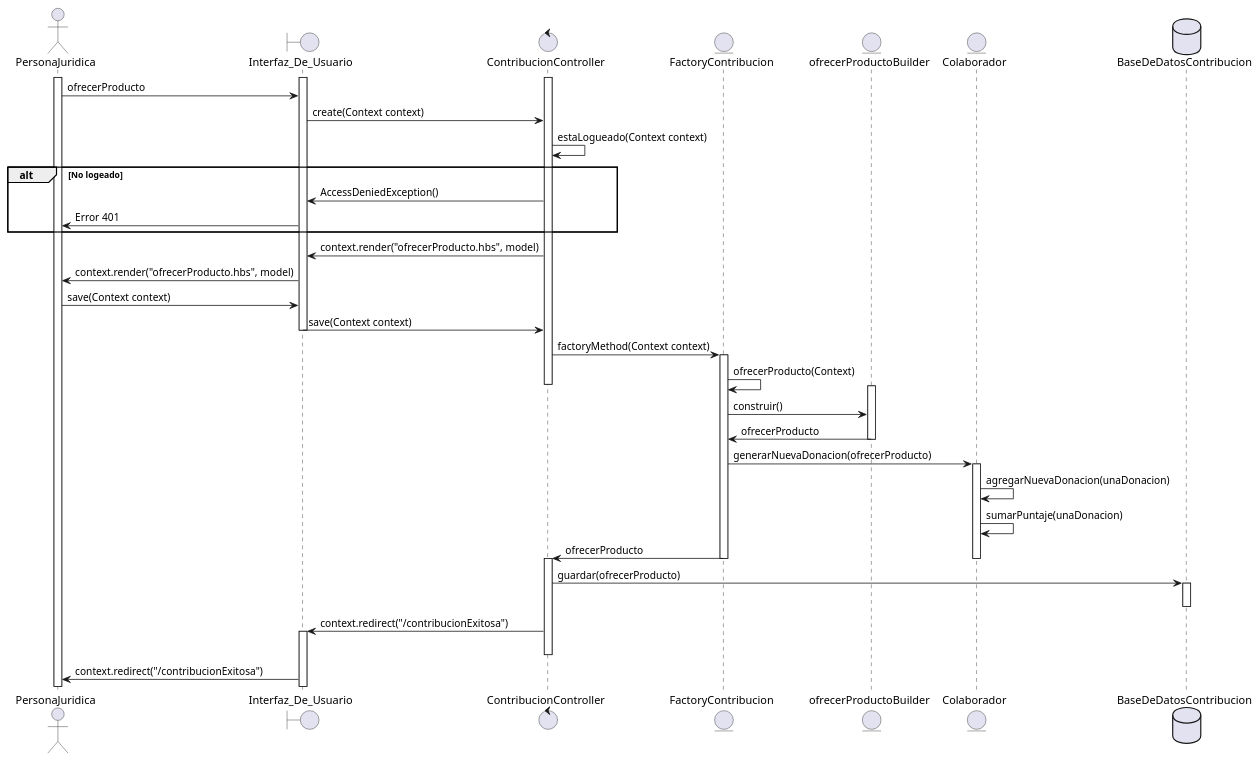
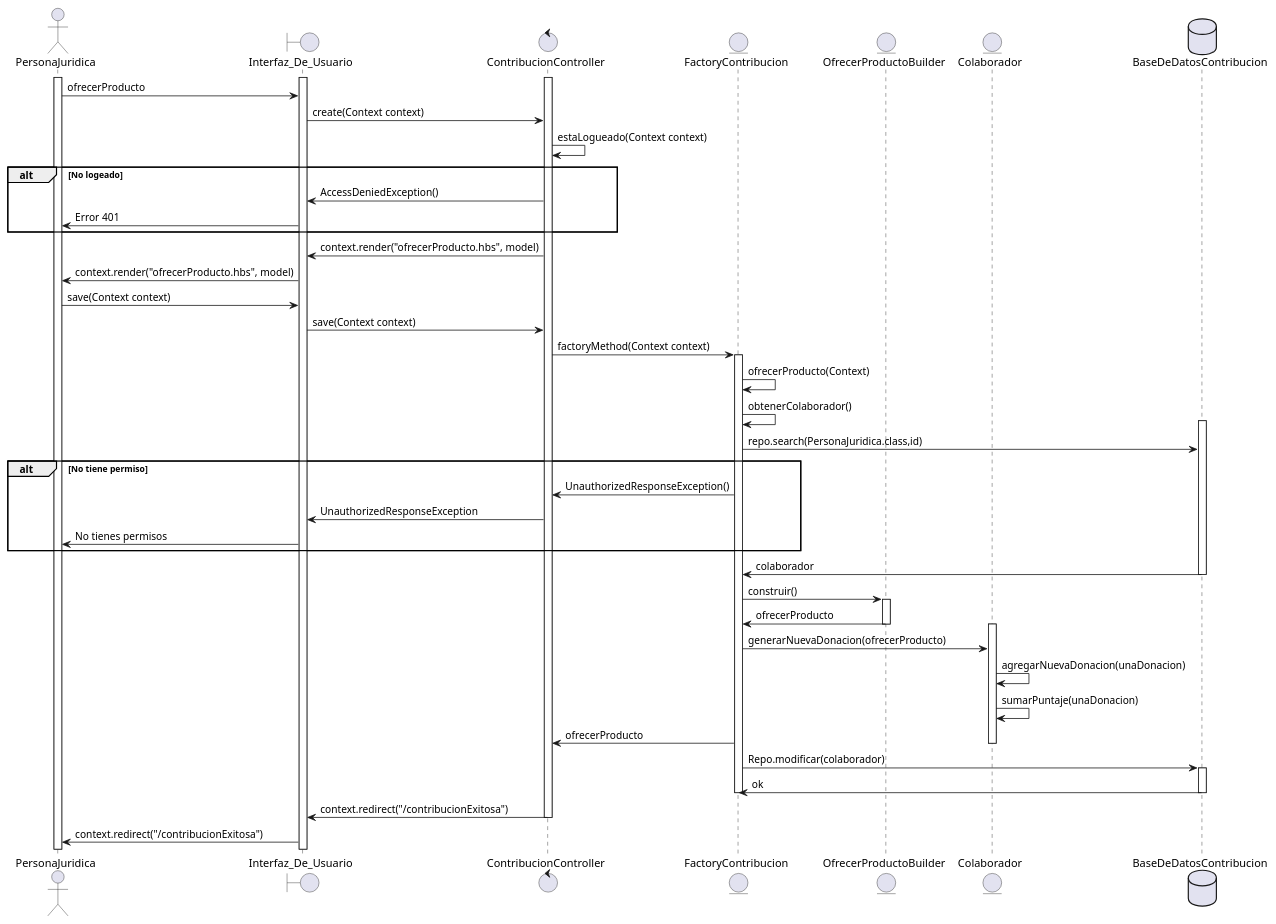
The diagram in UMLs/FormasDeContribucion/OfrecerProducto.puml (JBDelupi/TPs---DDS), drawn with PlantUML before and after one commit. The commit also changed 14 other files, not shown here.

```diff
--- a/UMLs/FormasDeContribucion/OfrecerProducto.puml
+++ b/UMLs/FormasDeContribucion/OfrecerProducto.puml
@@ -1,57 +1,63 @@
-@startuml GenerarofrecerProducto
+@startuml OfrecerProducto
 actor PersonaJuridica
 boundary Interfaz_De_Usuario
 control ContribucionController
 
-
 entity FactoryContribucion
-entity ofrecerProductoBuilder
+entity OfrecerProductoBuilder
 entity Colaborador
 database BaseDeDatosContribucion
 
 activate PersonaJuridica
 activate Interfaz_De_Usuario
 activate ContribucionController
 PersonaJuridica->Interfaz_De_Usuario: ofrecerProducto
+
 Interfaz_De_Usuario->ContribucionController: create(Context context)
 ContribucionController->ContribucionController: estaLogueado(Context context)
 
 
 alt No logeado
     ContribucionController->Interfaz_De_Usuario: AccessDeniedException()
     Interfaz_De_Usuario->PersonaJuridica: Error 401
 end
 
 ContribucionController -> Interfaz_De_Usuario: context.render("ofrecerProducto.hbs", model)
 Interfaz_De_Usuario -> PersonaJuridica: context.render("ofrecerProducto.hbs", model)
 
 PersonaJuridica -> Interfaz_De_Usuario: save(Context context)
 Interfaz_De_Usuario -> ContribucionController: save(Context context)
-deactivate Interfaz_De_Usuario
 ContribucionController -> FactoryContribucion: factoryMethod(Context context)
-
 activate FactoryContribucion
 FactoryContribucion -> FactoryContribucion: ofrecerProducto(Context)
-deactivate ContribucionController
-activate ofrecerProductoBuilder
-FactoryContribucion -> ofrecerProductoBuilder: construir()
-ofrecerProductoBuilder -> FactoryContribucion: ofrecerProducto
-deactivate ofrecerProductoBuilder
+FactoryContribucion -> FactoryContribucion: obtenerColaborador()
+activate BaseDeDatosContribucion
+FactoryContribucion -> BaseDeDatosContribucion : repo.search(PersonaJuridica.class,id)
+alt No tiene permiso
+    FactoryContribucion -> ContribucionController: UnauthorizedResponseException()
+    ContribucionController -> Interfaz_De_Usuario: UnauthorizedResponseException
+    Interfaz_De_Usuario -> PersonaJuridica: No tienes permisos
+end
+BaseDeDatosContribucion -> FactoryContribucion : colaborador
+deactivate BaseDeDatosContribucion
+FactoryContribucion -> OfrecerProductoBuilder: construir()
+activate OfrecerProductoBuilder
+OfrecerProductoBuilder -> FactoryContribucion: ofrecerProducto
+deactivate OfrecerProductoBuilder
+activate Colaborador
 FactoryContribucion -> Colaborador: generarNuevaDonacion(ofrecerProducto)
-activate Colaborador
 Colaborador -> Colaborador: agregarNuevaDonacion(unaDonacion)
 Colaborador -> Colaborador: sumarPuntaje(unaDonacion)
 FactoryContribucion -> ContribucionController: ofrecerProducto
 deactivate Colaborador
+FactoryContribucion -> BaseDeDatosContribucion: Repo.modificar(colaborador)
+activate BaseDeDatosContribucion
+BaseDeDatosContribucion -> FactoryContribucion: ok
 deactivate FactoryContribucion
-activate ContribucionController
-ContribucionController -> BaseDeDatosContribucion: guardar(ofrecerProducto)
-activate BaseDeDatosContribucion
 deactivate BaseDeDatosContribucion
 ContribucionController -> Interfaz_De_Usuario: context.redirect("/contribucionExitosa")
-activate Interfaz_De_Usuario
 deactivate ContribucionController
 
 Interfaz_De_Usuario -> PersonaJuridica: context.redirect("/contribucionExitosa")
 
 @enduml
```
